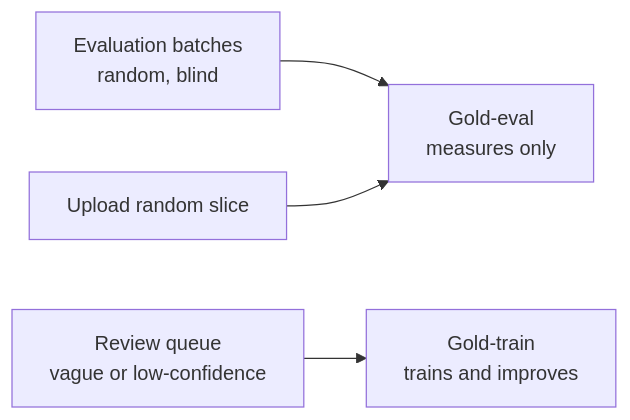
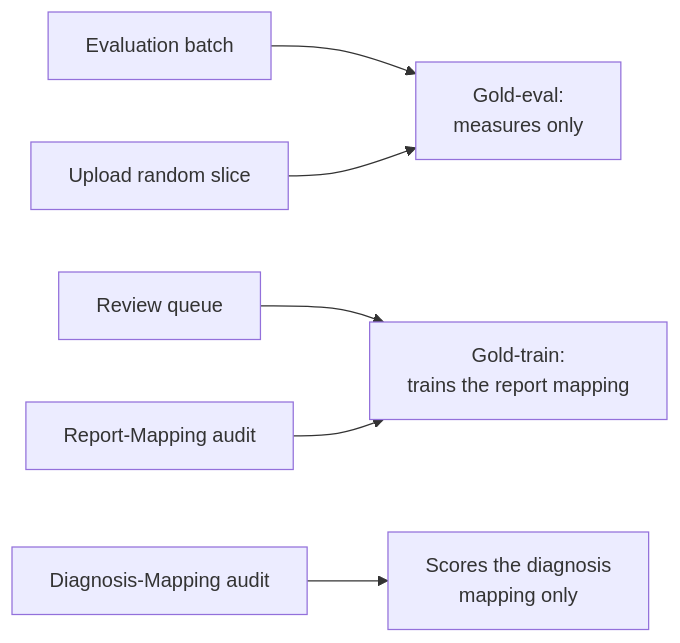
Before and after one commit to YugrajD/UC-Davis-VMTH-Cancer-Registry: the second of 6 diagrams in ml/documentation/concepts/icd-mapping-strategy.md, drawn with Mermaid. The commit also changed other lines of this file and 96 other files, not shown here.

Commit message:
Reorganize ML docs into concepts/how-to/reference/history with Mermaid diagrams, experiment records and a docs checker test

````diff
--- a/ml/documentation/concepts/icd-mapping-strategy.md
+++ b/ml/documentation/concepts/icd-mapping-strategy.md
@@ -102,6 +90,8 @@
 ```mermaid
 flowchart LR
-    EB["Evaluation batches<br/>random, blind"] --> GE["Gold-eval<br/>measures only"]
-    RS["Upload random slice"] --> GE
-    RQ["Review queue<br/>vague or low-confidence"] --> GT["Gold-train<br/>trains and improves"]
+    eb["Evaluation batch"] --> ge["Gold-eval:<br>measures only"]
+    rs["Upload random slice"] --> ge
+    rq["Review queue"] --> gt["Gold-train:<br>trains the report mapping"]
+    ra["Report-Mapping audit"] --> gt
+    da["Diagnosis-Mapping audit"] --> dm["Scores the diagnosis<br>mapping only"]
 ```
````
